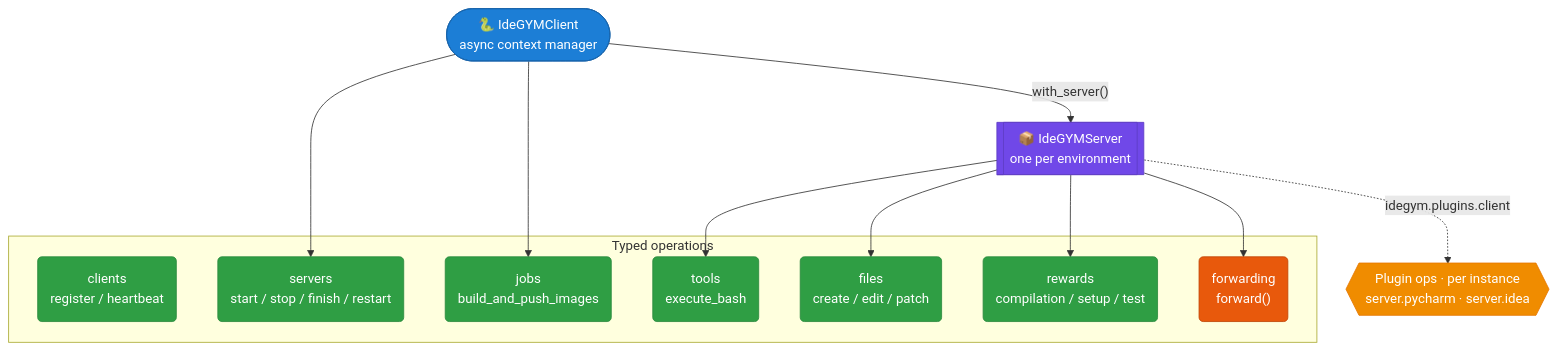
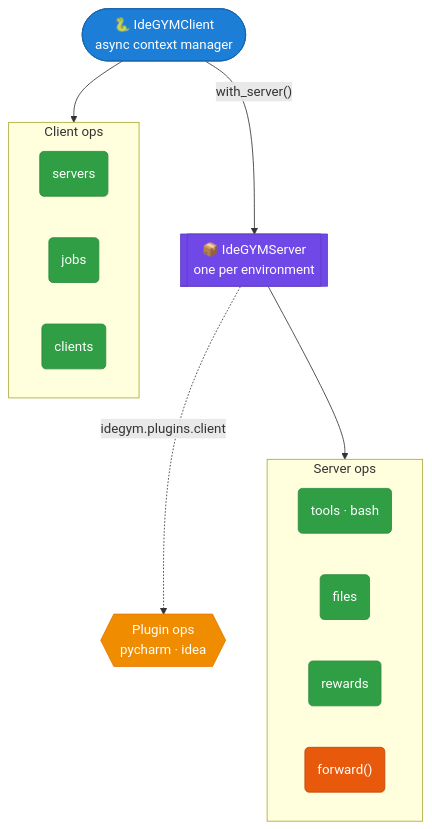
One commit to JetBrains-Research/idegym changed the diagram in website/docs/architecture/client.md. Above: the diagram before and after it, drawn with Mermaid. The commit also changed 3 other files, not shown here.

First line of the commit message:
[JBRes-9938] fix misleading cursor + un-stretch wide diagrams

````diff
--- a/website/docs/architecture/client.md
+++ b/website/docs/architecture/client.md
@@ -15,40 +15,39 @@
 ```mermaid
 flowchart TB
     client(["🐍 IdeGYMClient<br/>async context manager"]):::client
     server[["📦 IdeGYMServer<br/>one per environment"]]:::pod
+    client -->|"with_server()"| server
 
-    subgraph ops["Typed operations"]
-        clients_op("clients<br/>register / heartbeat"):::tool
-        servers_op("servers<br/>start / stop / finish / restart"):::tool
-        jobs_op("jobs<br/>build_and_push_images"):::tool
-        tools_op("tools<br/>execute_bash"):::tool
-        files_op("files<br/>create / edit / patch"):::tool
-        rewards_op("rewards<br/>compilation / setup / test"):::tool
-        fwd("forwarding<br/>forward()"):::ctrl
+    subgraph cops["Client ops"]
+        servers_op("servers"):::tool
+        jobs_op("jobs"):::tool
+        clients_op("clients"):::tool
     end
 
-    plugin_ops{{"Plugin ops · per instance<br/>server.pycharm · server.idea"}}:::build
+    subgraph sops["Server ops"]
+        tools_op("tools · bash"):::tool
+        files_op("files"):::tool
+        rewards_op("rewards"):::tool
+        fwd("forward()"):::ctrl
+    end
 
-    client --> servers_op
-    client --> jobs_op
-    client -->|"with_server()"| server
-    server --> tools_op
-    server --> files_op
-    server --> rewards_op
-    server --> fwd
+    plugin_ops{{"Plugin ops<br/>pycharm · idea"}}:::build
+
+    client --> cops
+    server --> sops
     server -.->|"idegym.plugins.client"| plugin_ops
 
     click client "https://github.com/JetBrains-Research/idegym/blob/main/client/src/idegym/client/client.py" "IdeGYMClient source"
     click server "https://github.com/JetBrains-Research/idegym/blob/main/client/src/idegym/client/server.py" "IdeGYMServer source"
     click fwd "https://github.com/JetBrains-Research/idegym/blob/main/client/src/idegym/client/operations/forwarding.py" "forwarding source"
     click servers_op "https://github.com/JetBrains-Research/idegym/blob/main/client/src/idegym/client/operations/servers.py" "servers ops source"
     click jobs_op "https://github.com/JetBrains-Research/idegym/blob/main/client/src/idegym/client/operations/jobs.py" "jobs ops source"
     click tools_op "https://github.com/JetBrains-Research/idegym/blob/main/client/src/idegym/client/operations/tools.py" "tools ops source"
     click rewards_op "https://github.com/JetBrains-Research/idegym/blob/main/client/src/idegym/client/operations/rewards.py" "rewards ops source"
 
     classDef client fill:#1c7ed6,stroke:#1864ab,color:#fff;
     classDef pod fill:#7048e8,stroke:#5f3dc4,color:#fff;
     classDef tool fill:#2f9e44,stroke:#2b8a3e,color:#fff;
     classDef ctrl fill:#e8590c,stroke:#c04405,color:#fff;
     classDef build fill:#f08c00,stroke:#e67700,color:#fff;
 ```
````
